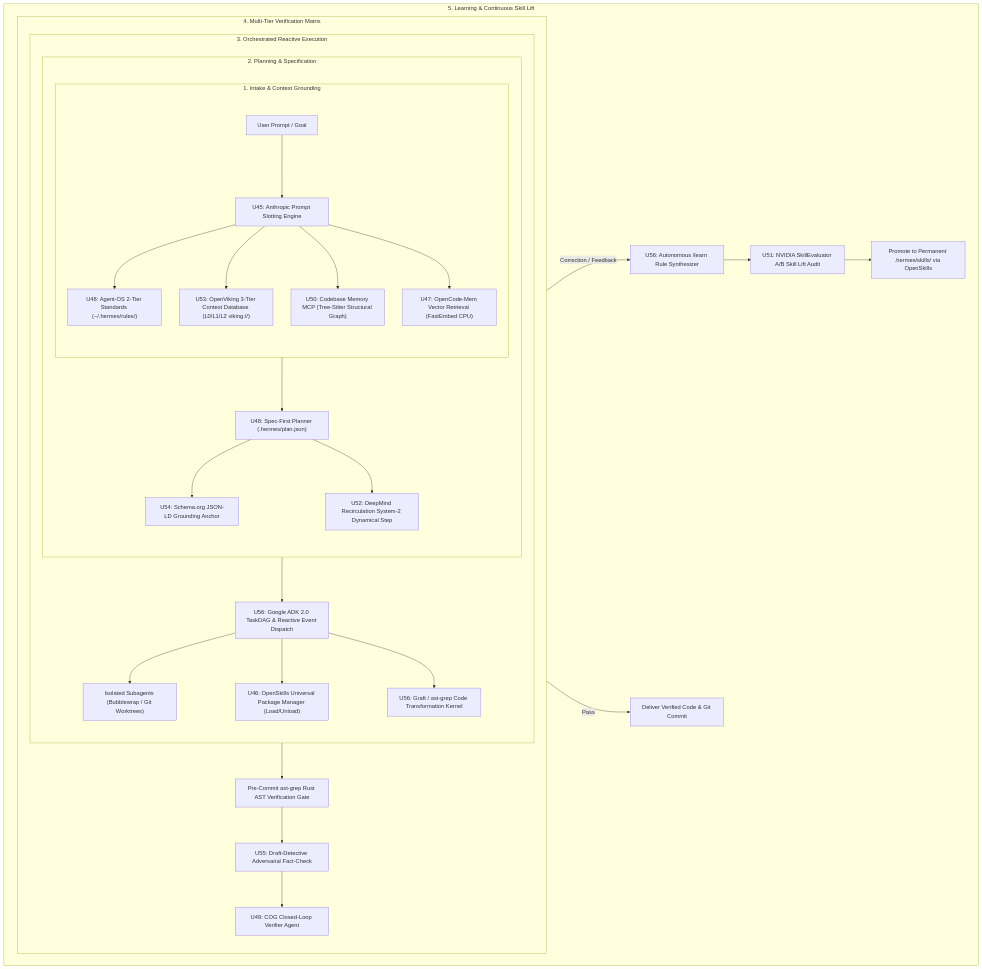
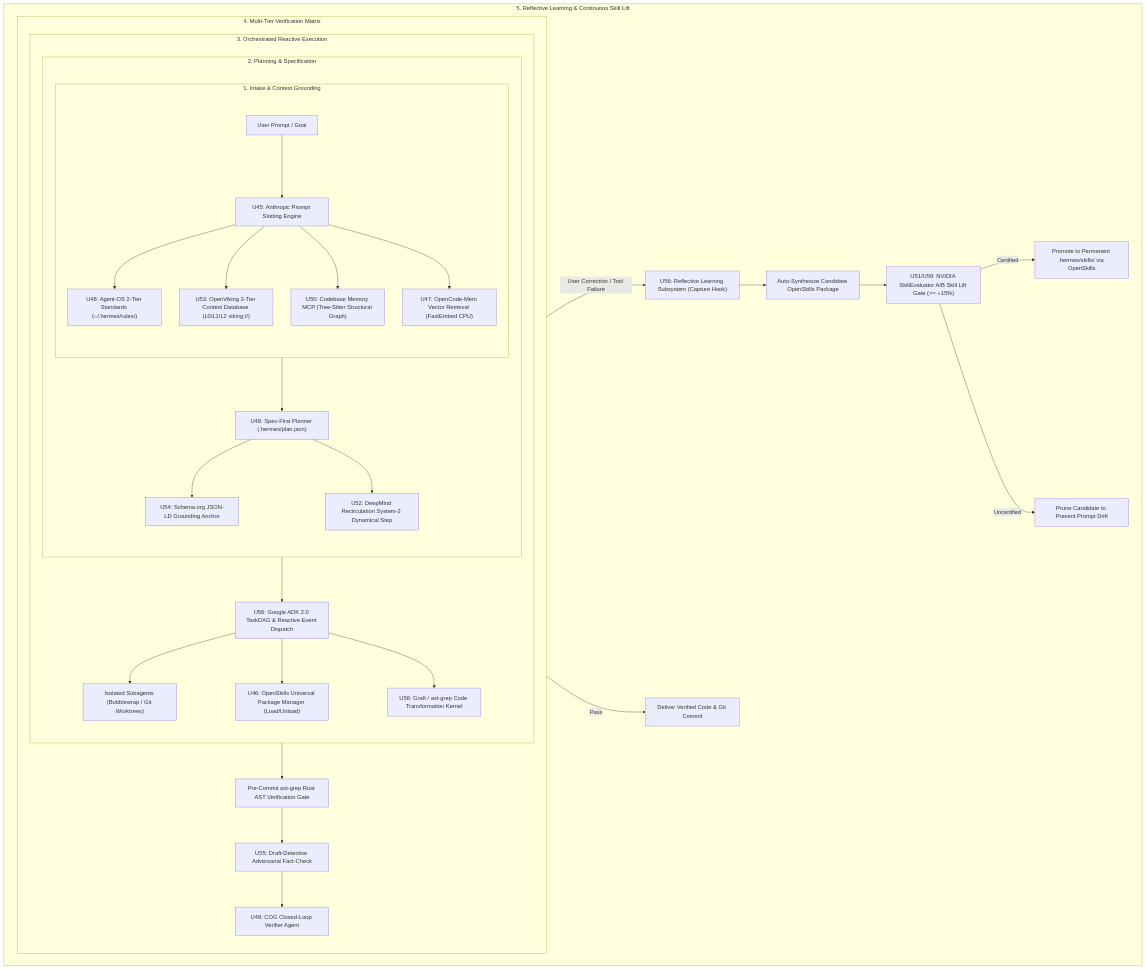
Before and after one commit to imshubhamsocial/dotfiles-hermes: the diagram in docs/roadmaps/active/roadmap4_frontier_cognitive_os.md, drawn with Mermaid. The commit also changed other lines of this file, not shown here.

Commit message:
docs(roadmap4): integrate reflective learning subsystem (replacing legacy experience_store) in Roadmap 4

````diff
--- a/docs/roadmaps/active/roadmap4_frontier_cognitive_os.md
+++ b/docs/roadmaps/active/roadmap4_frontier_cognitive_os.md
@@ -29,36 +30,38 @@
 ```mermaid
 flowchart TD
     subgraph INTAKE ["1. Intake & Context Grounding"]
         USER["User Prompt / Goal"] --> SLOT["U45: Anthropic Prompt Slotting Engine"]
         SLOT --> RULES["U48: Agent-OS 2-Tier Standards (~/.hermes/rules/)"]
         SLOT --> VIKING["U53: OpenViking 3-Tier Context Database (L0/L1/L2 viking://)"]
         SLOT --> MCP["U50: Codebase Memory MCP (Tree-Sitter Structural Graph)"]
         SLOT --> MEM["U47: OpenCode-Mem Vector Retrieval (FastEmbed CPU)"]
     end
 
     subgraph PLANNING ["2. Planning & Specification"]
         INTAKE --> SPEC["U48: Spec-First Planner (.hermes/plan.json)"]
         SPEC --> SCHEMA["U54: Schema.org JSON-LD Grounding Anchor"]
         SPEC --> RECUR["U52: DeepMind Recirculation System-2 Dynamical Step"]
     end
 
     subgraph EXECUTION ["3. Orchestrated Reactive Execution"]
         PLANNING --> DAG["U56: Google ADK 2.0 TaskDAG & Reactive Event Dispatch"]
         DAG --> SUBAGENTS["Isolated Subagents (Bubblewrap / Git Worktrees)"]
         DAG --> OPENSKILLS["U46: OpenSkills Universal Package Manager (Load/Unload)"]
         DAG --> GRAFT["U56: Graft / ast-grep Code Transformation Kernel"]
     end
 
     subgraph VERIFICATION ["4. Multi-Tier Verification Matrix"]
         EXECUTION --> ASTG["Pre-Commit ast-grep Rust AST Verification Gate"]
         ASTG --> DRAFT["U55: Draft-Detective Adversarial Fact-Check"]
         DRAFT --> COG["U49: COG Closed-Loop Verifier Agent"]
     end
 
-    subgraph EVOLUTION ["5. Learning & Continuous Skill Lift"]
+    subgraph EVOLUTION ["5. Reflective Learning & Continuous Skill Lift"]
         VERIFICATION -->|Pass| DELIVER["Deliver Verified Code & Git Commit"]
-        VERIFICATION -->|Correction / Feedback| LEARN["U56: Autonomous /learn Rule Synthesizer"]
-        LEARN --> LIFT["U51: NVIDIA SkillEvaluator A/B Skill Lift Audit"]
-        LIFT --> CATALOG["Promote to Permanent .hermes/skills/ via OpenSkills"]
+        VERIFICATION -->|User Correction / Tool Failure| REFLECT["U56: Reflective Learning Subsystem (Capture Hook)"]
+        REFLECT --> SYNTH["Auto-Synthesize Candidate OpenSkills Package"]
+        SYNTH --> LIFT["U51/U59: NVIDIA SkillEvaluator A/B Skill Lift Gate (>= +15%)"]
+        LIFT -->|Certified| CATALOG["Promote to Permanent .hermes/skills/ via OpenSkills"]
+        LIFT -->|Uncertified| PRUNE["Prune Candidate to Prevent Prompt Drift"]
     end
 ```
````
